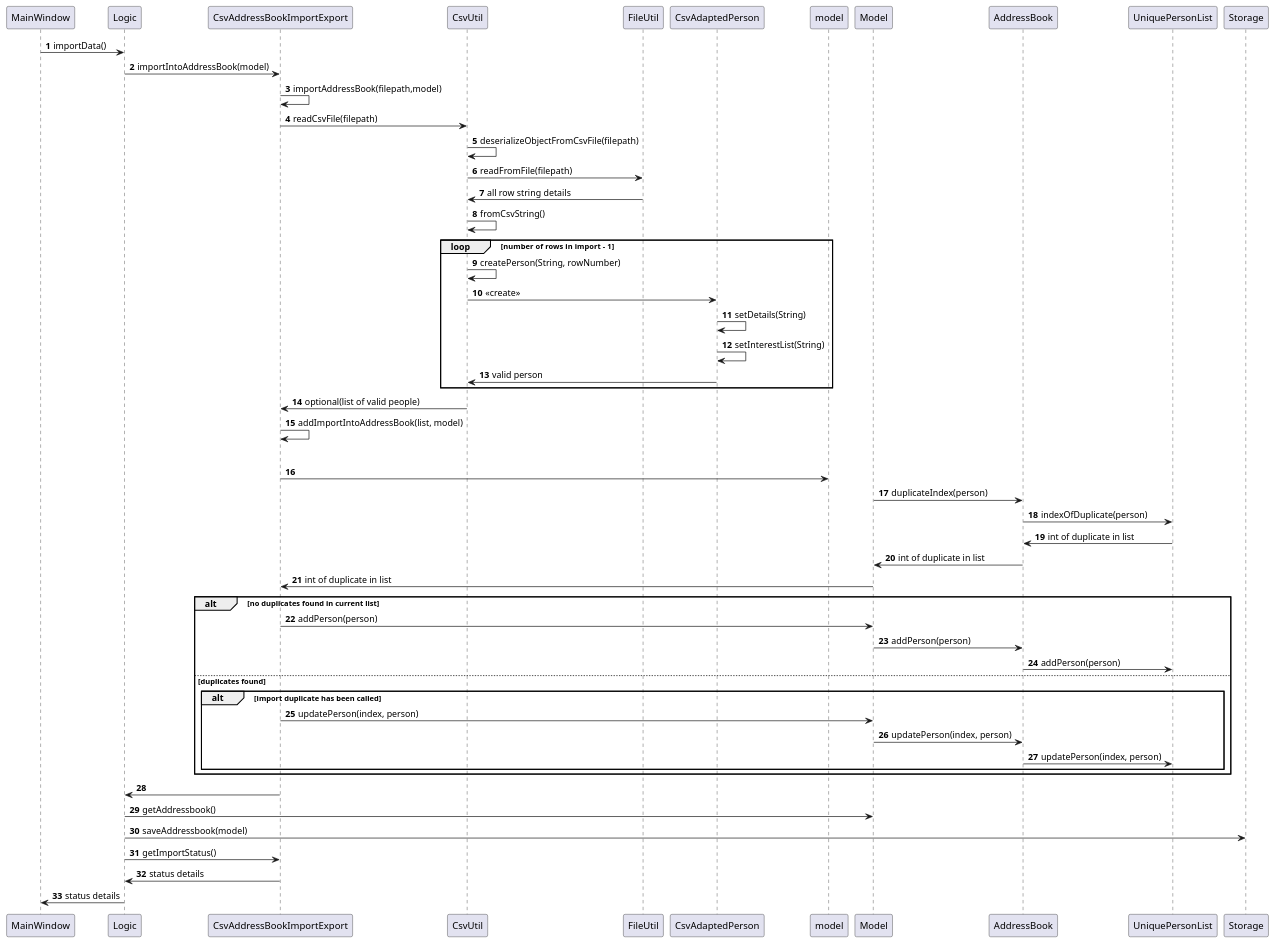
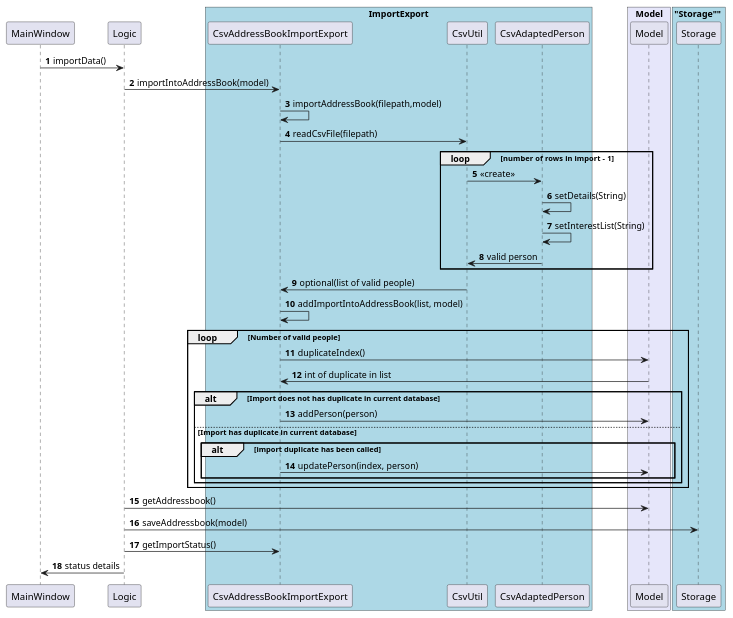
One commit to pranav-ganesh/tp changed the diagram in docs/diagrams/ImportCsvSequenceDiagram.puml. Above: the diagram before and after it, drawn with PlantUML. The commit also changed 1 other file, not shown here.

Commit message:
update sequence diagram

```diff
--- a/docs/diagrams/ImportCsvSequenceDiagram.puml
+++ b/docs/diagrams/ImportCsvSequenceDiagram.puml
@@ -1,64 +1,74 @@
 @startuml
 'https://plantuml.com/sequence-diagram
 
 autonumber
+
+participant MainWindow
+participant Logic
+participant CsvAddressBookImportExport
+participant CsvUtil
+
+participant CsvAdaptedPerson
+participant Model
+participant Storage
+'
+'
+box "ImportExport" #LightBlue
+    participant CsvAddressBookImportExport
+    participant CsvUtil
+    participant CsvAdaptedPerson
+end box
+
+box "Model" #Lavender
+    participant Model
+end box
+
+'
+box "Storage"" #LightBlue
+    participant Storage
+end box
+
+
 
 MainWindow -> Logic: importData()
 Logic -> CsvAddressBookImportExport: importIntoAddressBook(model)
 
 CsvAddressBookImportExport -> CsvAddressBookImportExport: importAddressBook(filepath,model)
 
 CsvAddressBookImportExport -> CsvUtil: readCsvFile(filepath)
 
-CsvUtil -> CsvUtil: deserializeObjectFromCsvFile(filepath)
-
-CsvUtil -> FileUtil: readFromFile(filepath)
-
-CsvUtil <- FileUtil: all row string details
-
-CsvUtil -> CsvUtil: fromCsvString()
 
 
 loop number of  rows in import - 1
-    CsvUtil -> CsvUtil: createPerson(String, rowNumber)
 
     CsvUtil -> CsvAdaptedPerson: <<create>>
-
 
     CsvAdaptedPerson -> CsvAdaptedPerson: setDetails(String)
 
     CsvAdaptedPerson -> CsvAdaptedPerson: setInterestList(String)
     CsvUtil <- CsvAdaptedPerson: valid person
     end
 
 CsvAddressBookImportExport <- CsvUtil: optional(list of valid people)
 CsvAddressBookImportExport -> CsvAddressBookImportExport: addImportIntoAddressBook(list, model)
 
-loop no. of valid people
-    CsvAddressBookImportExport  -> model
-	Model -> AddressBook: duplicateIndex(person)
-	AddressBook -> UniquePersonList : indexOfDuplicate(person)
-	AddressBook <- UniquePersonList : int of duplicate in list
-	Model <- AddressBook : int of duplicate in list
+loop Number of valid people
+    CsvAddressBookImportExport  -> Model : duplicateIndex()
+
     CsvAddressBookImportExport <- Model : int of duplicate in list
-    alt no duplicates found in current list
+    alt Import does not has duplicate in current database
         CsvAddressBookImportExport ->  Model: addPerson(person)
-        Model -> AddressBook : addPerson(person)
-        AddressBook -> UniquePersonList : addPerson(person)
-    else duplicates found
+    else Import has duplicate in current database
         alt import duplicate has been called
                     CsvAddressBookImportExport ->  Model: updatePerson(index, person)
-                    Model -> AddressBook : updatePerson(index, person)
-                    AddressBook -> UniquePersonList : updatePerson(index, person)
         end
     end
+    end
 
-Logic <- CsvAddressBookImportExport
-deactivate CsvAddressBookImportExport
 Logic -> Model: getAddressbook()
 Logic -> Storage: saveAddressbook(model)
 Logic -> CsvAddressBookImportExport: getImportStatus()
-Logic <- CsvAddressBookImportExport: status details
+
 MainWindow <- Logic: status details
 
 @enduml
```
